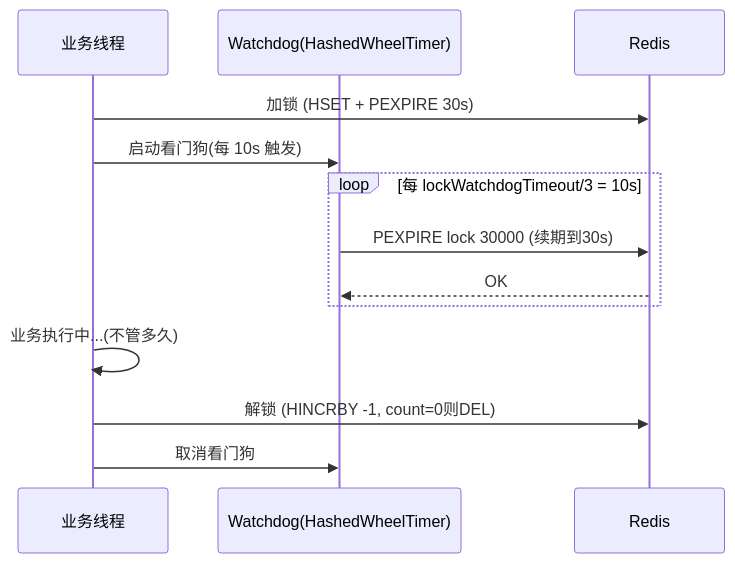
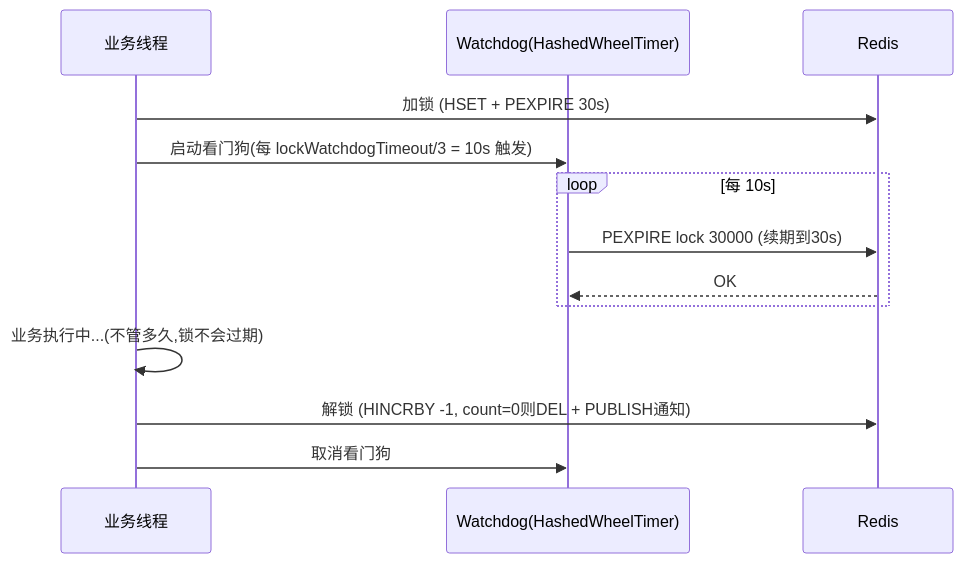
Diagram 12 of 31 in document/strengthen/分布式技术面试总结_增强版.md (qigao0787-ops/gq-test), drawn with Mermaid before and after one commit. The commit also changed other lines of this file, not shown here.

````diff
--- a/document/strengthen/分布式技术面试总结_增强版.md
+++ b/document/strengthen/分布式技术面试总结_增强版.md
@@ -903,16 +1140,16 @@
 ```mermaid
 sequenceDiagram
     participant T as 业务线程
     participant W as Watchdog(HashedWheelTimer)
     participant R as Redis
 
     T->>R: 加锁 (HSET + PEXPIRE 30s)
-    T->>W: 启动看门狗(每 10s 触发)
-    loop 每 lockWatchdogTimeout/3 = 10s
+    T->>W: 启动看门狗(每 lockWatchdogTimeout/3 = 10s 触发)
+    loop 每 10s
         W->>R: PEXPIRE lock 30000 (续期到30s)
         R-->>W: OK
     end
-    T->>T: 业务执行中...(不管多久)
-    T->>R: 解锁 (HINCRBY -1, count=0则DEL)
+    T->>T: 业务执行中...(不管多久,锁不会过期)
+    T->>R: 解锁 (HINCRBY -1, count=0则DEL + PUBLISH通知)
     T->>W: 取消看门狗
 ```
````
